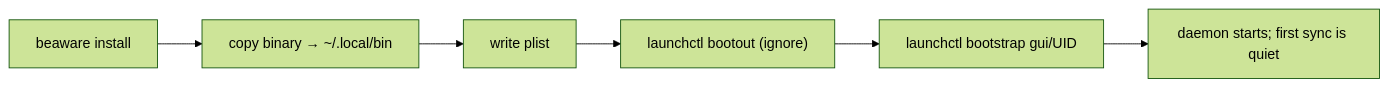
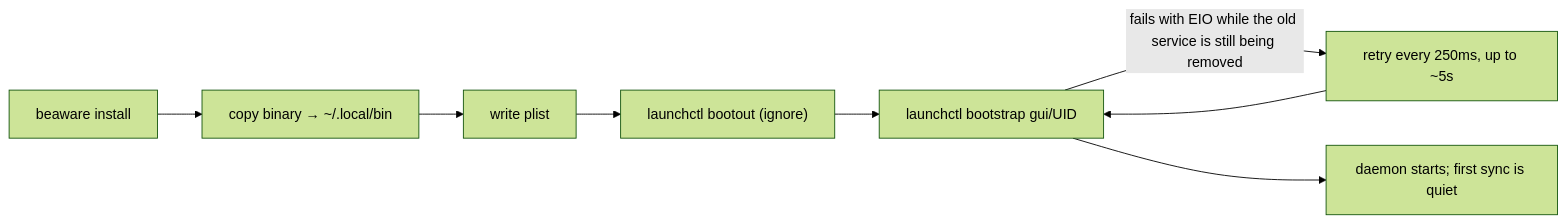
Before and after one commit to KevinRebakure/BeAware: the fourth of 6 diagrams in docs/developer/flows.md, drawn with Mermaid (forest theme). The commit also changed other lines of this file and 8 other files, not shown here.

Commit message:
update architecture and documentation for data retention and screen handling

````diff
--- a/docs/developer/flows.md
+++ b/docs/developer/flows.md
@@ -53,8 +64,10 @@
 ```mermaid
 flowchart LR
   A["beaware install"] --> B["copy binary → ~/.local/bin"]
   B --> C["write plist"]
   C --> D["launchctl bootout (ignore)"]
   D --> E["launchctl bootstrap gui/UID"]
+  E -- "fails with EIO while the old service is still being removed" --> G["retry every 250ms, up to ~5s"]
+  G --> E
   E --> F["daemon starts; first sync is quiet"]
 ```
````
